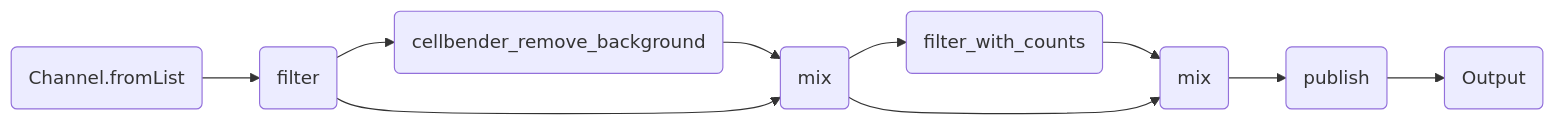
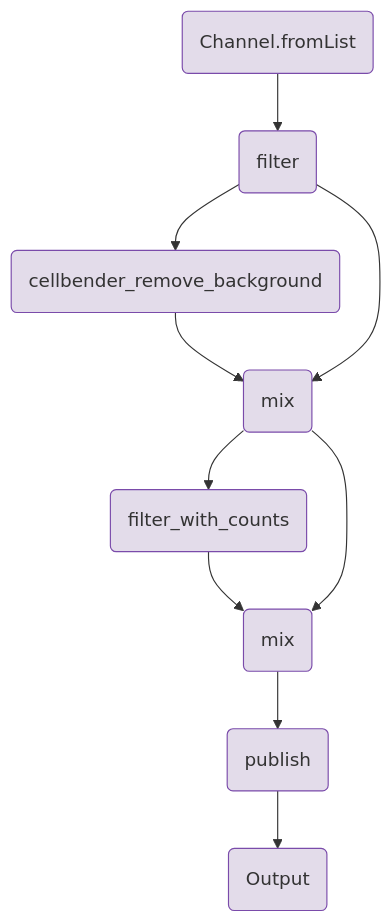
One commit to openpipelines-bio/website changed the diagram in components/workflows/ingestion/cellranger_postprocessing.qmd. Above: the diagram before and after it, drawn with Mermaid. The commit also changed 21 other files, not shown here.

````diff
--- a/components/workflows/ingestion/cellranger_postprocessing.qmd
+++ b/components/workflows/ingestion/cellranger_postprocessing.qmd
@@ -117,22 +117,29 @@
 ```{mermaid}
-%%| column: screen-inset-shaded
-flowchart LR
+flowchart TB
     v0(Channel.fromList)
     v2(filter)
     v18(cellbender_remove_background)
     v31(mix)
     v41(filter_with_counts)
     v54(mix)
     v63(publish)
     v90(Output)
     v0-->v2
     v2-->v18
     v18-->v31
     v2-->v31
     v31-->v41
     v41-->v54
     v31-->v54
     v54-->v63
     v63-->v90
+    style v0 fill:#e3dcea,stroke:#7a4baa;
+    style v2 fill:#e3dcea,stroke:#7a4baa;
+    style v18 fill:#e3dcea,stroke:#7a4baa;
+    style v31 fill:#e3dcea,stroke:#7a4baa;
+    style v41 fill:#e3dcea,stroke:#7a4baa;
+    style v54 fill:#e3dcea,stroke:#7a4baa;
+    style v63 fill:#e3dcea,stroke:#7a4baa;
+    style v90 fill:#e3dcea,stroke:#7a4baa;
 
 ```
````
